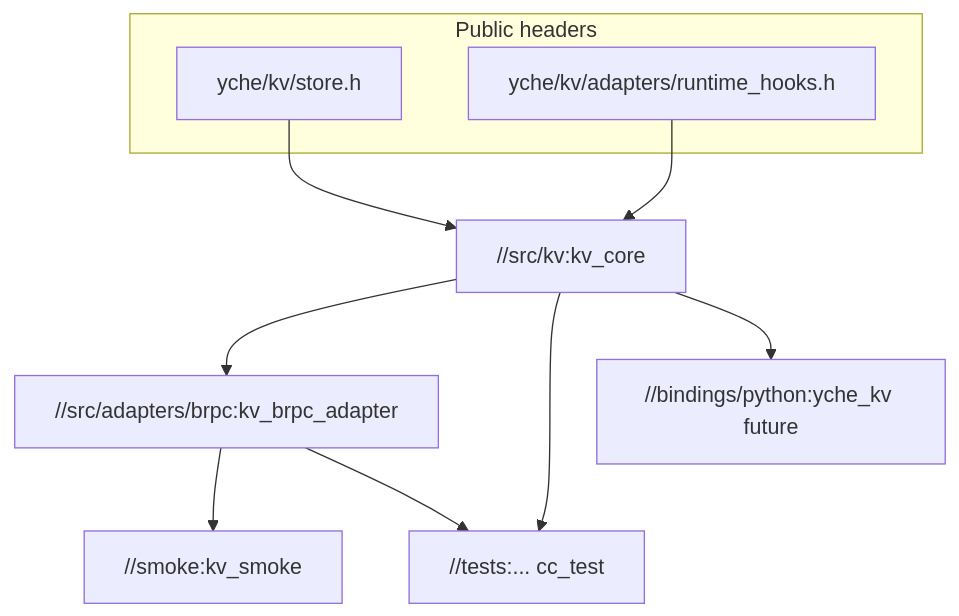
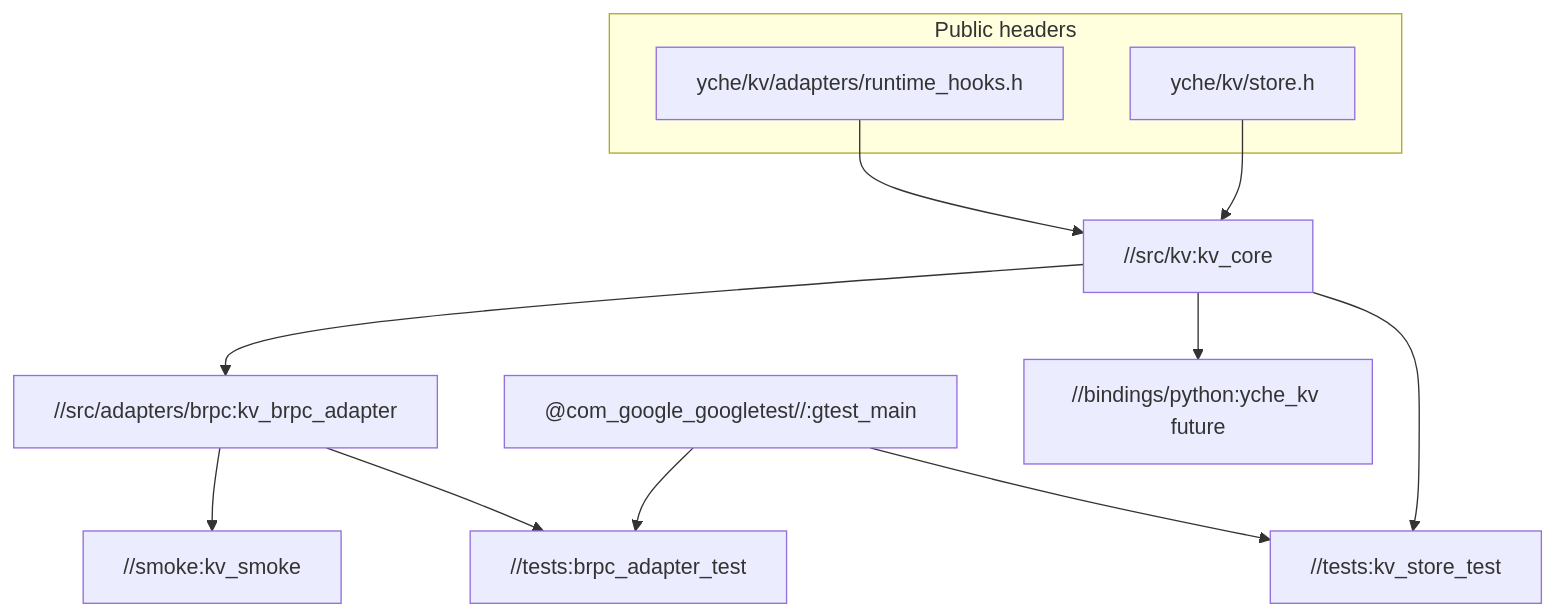
Before and after one commit to YcheLanguageStudio/DistributedSystemPlayground: the diagram in plan/bazel_kv_brpc_样例_e6e14da4.plan.md, drawn with Mermaid. The commit also changed other lines of this file and 18 other files, not shown here.

Commit message:
id: add brpc with kv tests reason:[tests] add brpc dependencies and related tests

````diff
--- a/plan/bazel_kv_brpc_样例_e6e14da4.plan.md
+++ b/plan/bazel_kv_brpc_样例_e6e14da4.plan.md
@@ -103,19 +103,23 @@
 ```mermaid
 flowchart TB
   subgraph public [Public headers]
     H1[yche/kv/store.h]
     H2[yche/kv/adapters/runtime_hooks.h]
   end
   kv_core["//src/kv:kv_core"]
   brpc_adapt["//src/adapters/brpc:kv_brpc_adapter"]
-  gtest["//tests:... cc_test"]
+  gtest_lib["@com_google_googletest//:gtest_main"]
+  kv_test["//tests:kv_store_test"]
+  brpc_test["//tests:brpc_adapter_test"]
   smoke["//smoke:kv_smoke"]
   py["//bindings/python:yche_kv future"]
   H1 --> kv_core
   H2 --> kv_core
   kv_core --> brpc_adapt
-  kv_core --> gtest
+  kv_core --> kv_test
+  gtest_lib --> kv_test
+  gtest_lib --> brpc_test
+  brpc_adapt --> brpc_test
   brpc_adapt --> smoke
-  brpc_adapt --> gtest
   kv_core --> py
 ```
````
